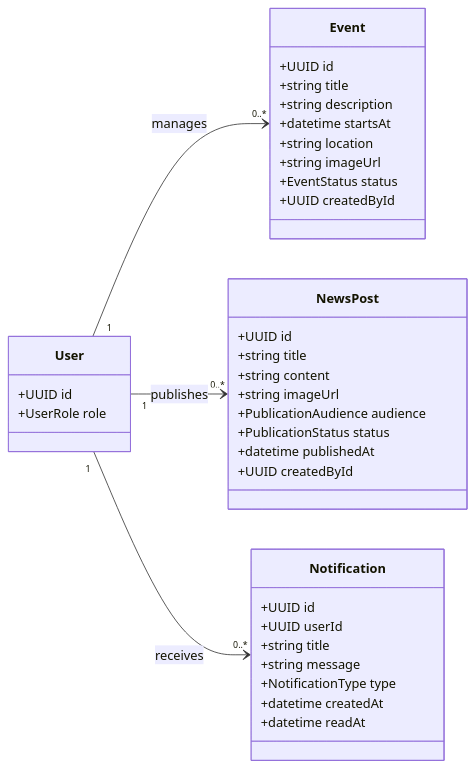
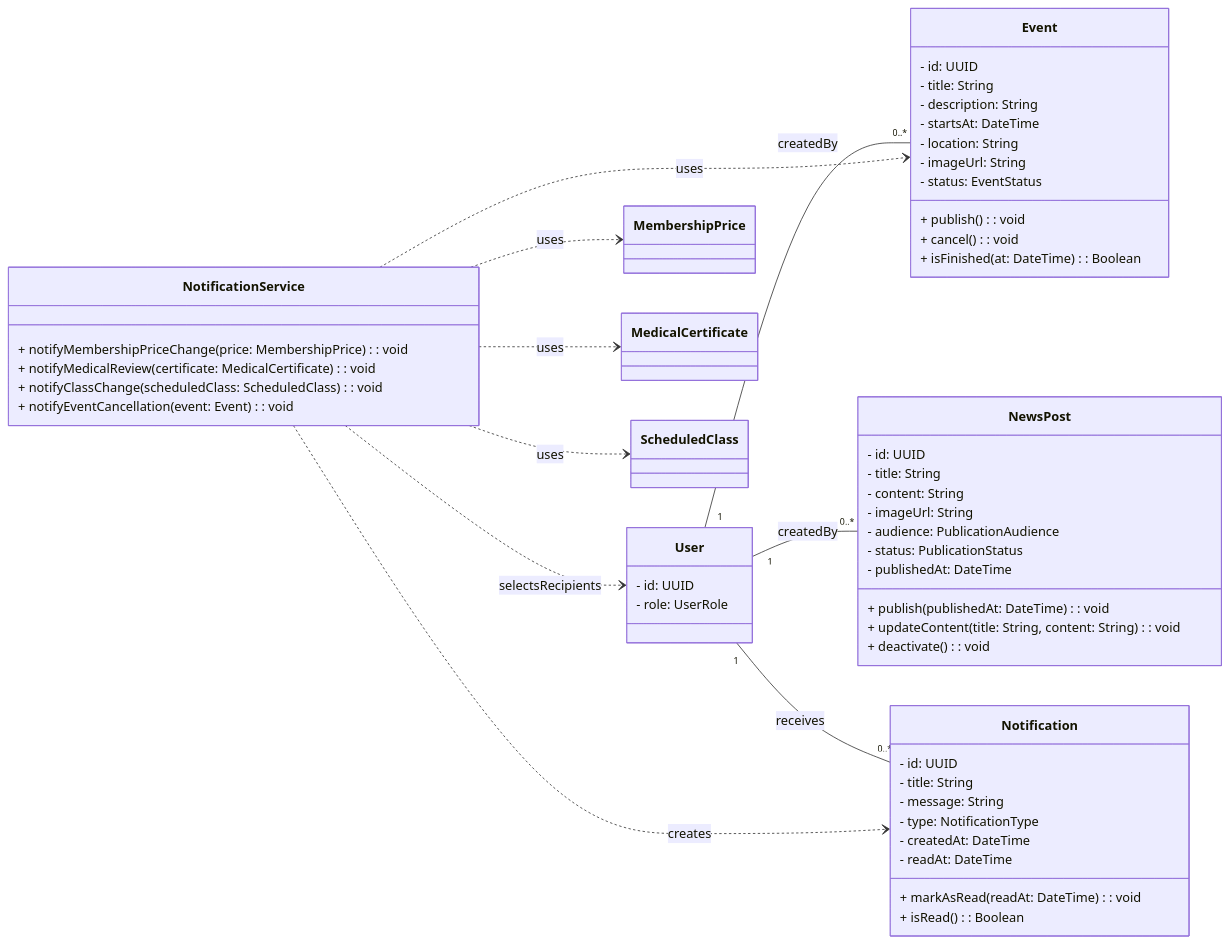
Before and after one commit to MTeamOrg/M-Team: the third of 4 diagrams in docs/diagrama-de-clases.md, drawn with Mermaid. The commit also changed other lines of this file, not shown here.

Commit message:
docs: update class diagram to follow UML conventions

````diff
--- a/docs/diagrama-de-clases.md
+++ b/docs/diagrama-de-clases.md
@@ -163,45 +224,63 @@
 ```mermaid
 classDiagram
 direction LR
 
 class User {
-  +UUID id
-  +UserRole role
+  - id: UUID
+  - role: UserRole
 }
 
 class Event {
-  +UUID id
-  +string title
-  +string description
-  +datetime startsAt
-  +string location
-  +string imageUrl
-  +EventStatus status
-  +UUID createdById
+  - id: UUID
+  - title: String
+  - description: String
+  - startsAt: DateTime
+  - location: String
+  - imageUrl: String
+  - status: EventStatus
+  + publish(): void
+  + cancel(): void
+  + isFinished(at: DateTime): Boolean
 }
 
 class NewsPost {
-  +UUID id
-  +string title
-  +string content
-  +string imageUrl
-  +PublicationAudience audience
-  +PublicationStatus status
-  +datetime publishedAt
-  +UUID createdById
+  - id: UUID
+  - title: String
+  - content: String
+  - imageUrl: String
+  - audience: PublicationAudience
+  - status: PublicationStatus
+  - publishedAt: DateTime
+  + publish(publishedAt: DateTime): void
+  + updateContent(title: String, content: String): void
+  + deactivate(): void
 }
 
 class Notification {
-  +UUID id
-  +UUID userId
-  +string title
-  +string message
-  +NotificationType type
-  +datetime createdAt
-  +datetime readAt
+  - id: UUID
+  - title: String
+  - message: String
+  - type: NotificationType
+  - createdAt: DateTime
+  - readAt: DateTime
+  + markAsRead(readAt: DateTime): void
+  + isRead(): Boolean
 }
 
-User "1" --> "0..*" Event : manages
-User "1" --> "0..*" NewsPost : publishes
-User "1" --> "0..*" Notification : receives
+class NotificationService {
+  + notifyMembershipPriceChange(price: MembershipPrice): void
+  + notifyMedicalReview(certificate: MedicalCertificate): void
+  + notifyClassChange(scheduledClass: ScheduledClass): void
+  + notifyEventCancellation(event: Event): void
+}
+
+User "1" -- "0..*" Event : createdBy
+User "1" -- "0..*" NewsPost : createdBy
+User "1" -- "0..*" Notification : receives
+NotificationService ..> User : selectsRecipients
+NotificationService ..> Notification : creates
+NotificationService ..> MembershipPrice : uses
+NotificationService ..> MedicalCertificate : uses
+NotificationService ..> ScheduledClass : uses
+NotificationService ..> Event : uses
 ```
````
